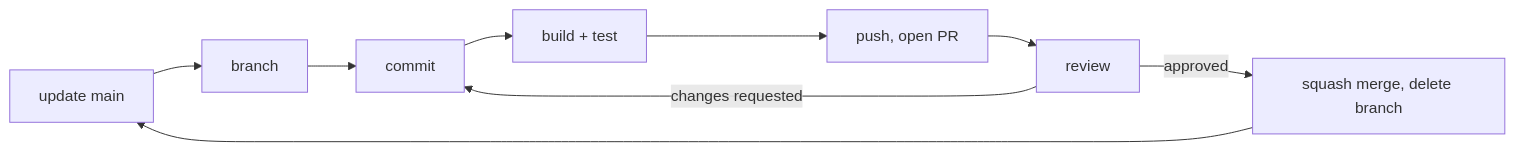
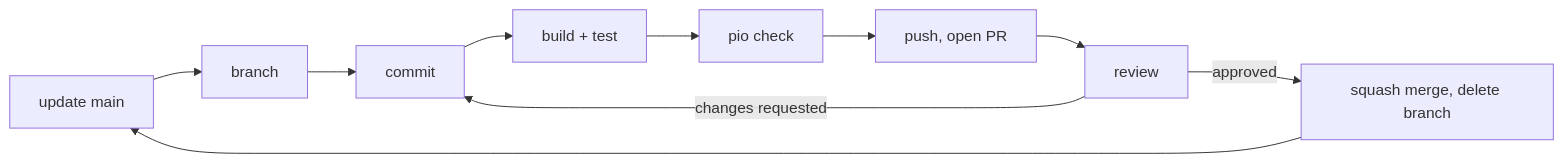
Before and after one commit to rt-rtos/IoT25S-Projekt1-G1: the diagram in docs/workflow.md, drawn with Mermaid.

````diff
--- a/docs/workflow.md
+++ b/docs/workflow.md
@@ -6,11 +6,12 @@
 ```mermaid
 flowchart LR
     A["update main"] --> B["branch"]
     B --> C["commit"]
     C --> D["build + test"]
-    D --> E["push, open PR"]
+    D --> D2["pio check"]
+    D2 --> E["push, open PR"]
     E --> F["review"]
     F -->|changes requested| C
     F -->|approved| G["squash merge, delete branch"]
     G --> A
 ```
````
